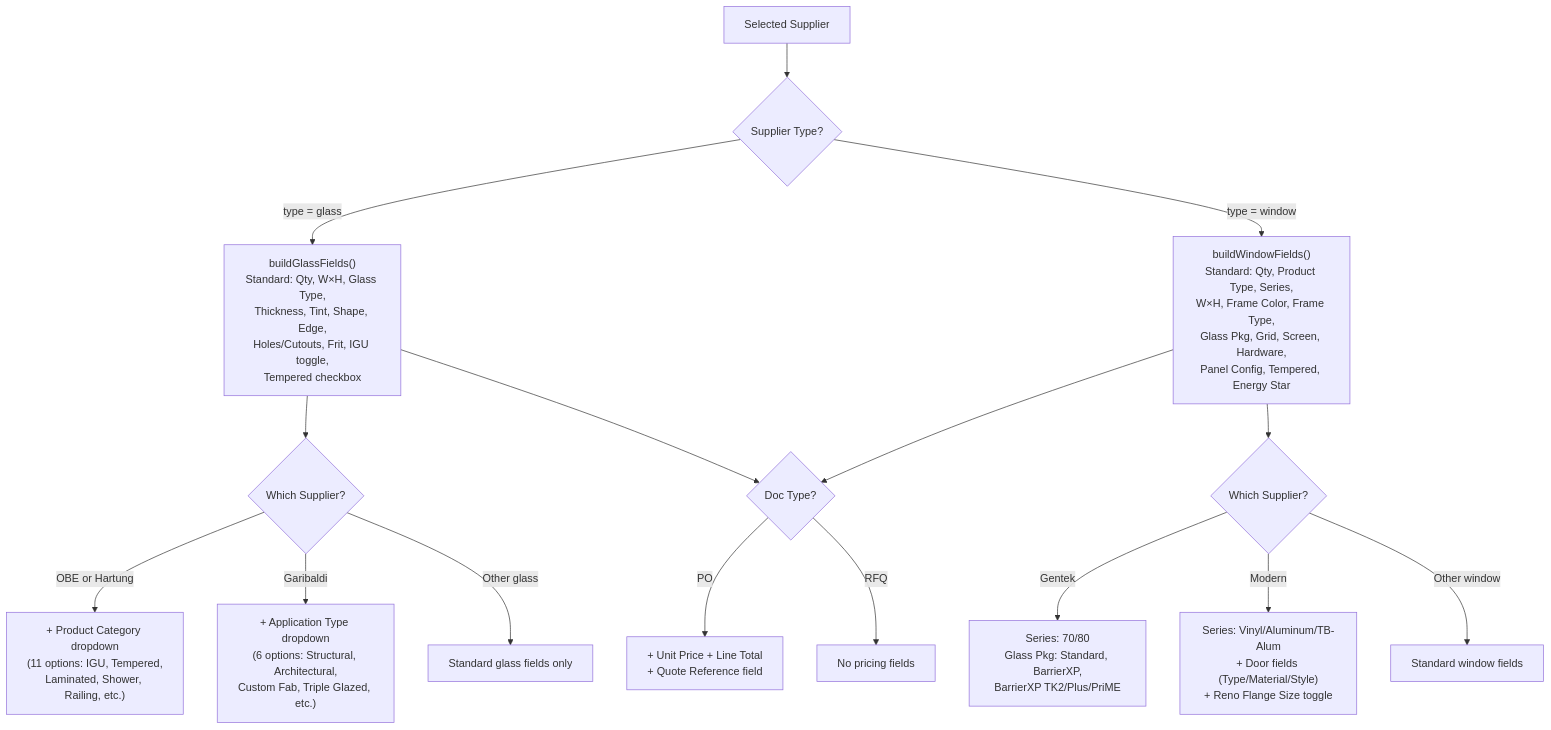
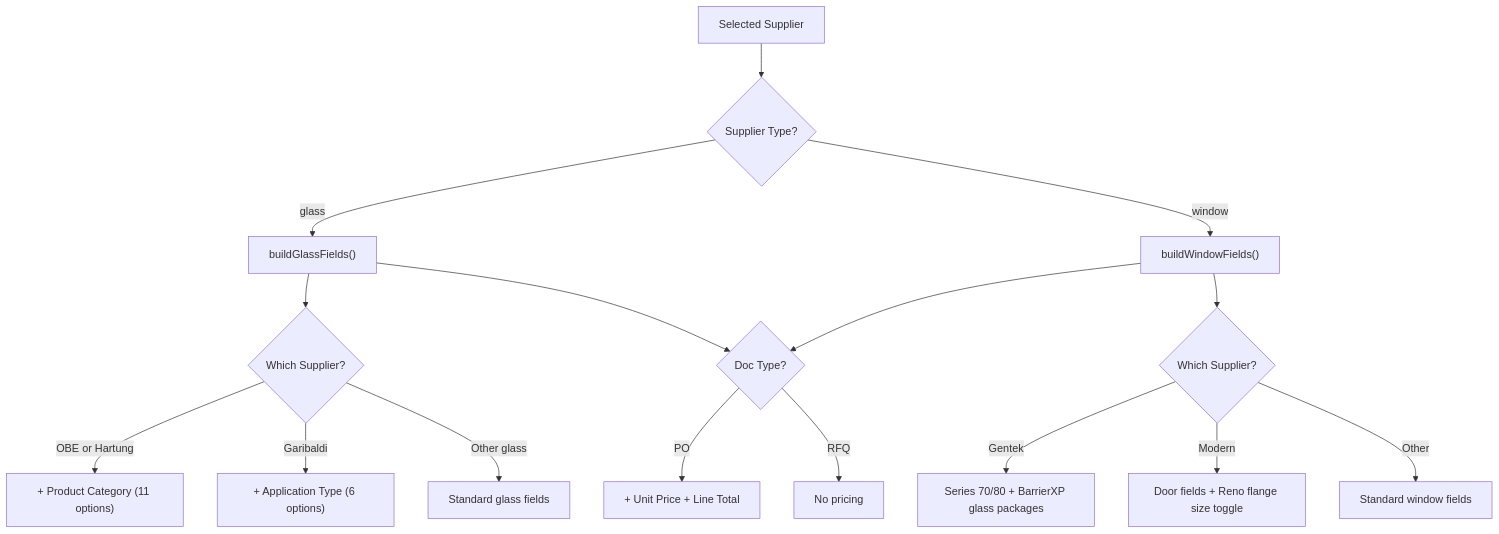
One commit to Skippy-code-604/westernwindows-ca changed the sixth of 6 diagrams in ww_portal_enterprise_docs.md. Above: the diagram before and after it, drawn with Mermaid. The commit also changed other lines of this file and 7 other files, not shown here.

````diff
--- a/ww_portal_enterprise_docs.md
+++ b/ww_portal_enterprise_docs.md
@@ -661,21 +499,20 @@
 ```mermaid
 flowchart TD
     START["Selected Supplier"] --> TYPE{Supplier Type?}
-
-    TYPE -->|type = glass| GLASS["buildGlassFields()<br>Standard: Qty, W×H, Glass Type,<br>Thickness, Tint, Shape, Edge,<br>Holes/Cutouts, Frit, IGU toggle,<br>Tempered checkbox"]
-    TYPE -->|type = window| WINDOW["buildWindowFields()<br>Standard: Qty, Product Type, Series,<br>W×H, Frame Color, Frame Type,<br>Glass Pkg, Grid, Screen, Hardware,<br>Panel Config, Tempered, Energy Star"]
+    TYPE -->|glass| GLASS["buildGlassFields()"]
+    TYPE -->|window| WINDOW["buildWindowFields()"]
 
     GLASS --> G_CHECK{Which Supplier?}
-    G_CHECK -->|"OBE or Hartung"| G_CAT["+ Product Category dropdown<br>(11 options: IGU, Tempered,<br>Laminated, Shower, Railing, etc.)"]
-    G_CHECK -->|"Garibaldi"| G_APP["+ Application Type dropdown<br>(6 options: Structural, Architectural,<br>Custom Fab, Triple Glazed, etc.)"]
-    G_CHECK -->|"Other glass"| G_STD["Standard glass fields only"]
+    G_CHECK -->|"OBE or Hartung"| G_CAT["+ Product Category (11 options)"]
+    G_CHECK -->|"Garibaldi"| G_APP["+ Application Type (6 options)"]
+    G_CHECK -->|"Other glass"| G_STD["Standard glass fields"]
 
     WINDOW --> W_CHECK{Which Supplier?}
-    W_CHECK -->|"Gentek"| W_GEN["Series: 70/80<br>Glass Pkg: Standard, BarrierXP,<br>BarrierXP TK2/Plus/PriME"]
-    W_CHECK -->|"Modern"| W_MOD["Series: Vinyl/Aluminum/TB-Alum<br>+ Door fields (Type/Material/Style)<br>+ Reno Flange Size toggle"]
-    W_CHECK -->|"Other window"| W_STD["Standard window fields"]
+    W_CHECK -->|"Gentek"| W_GEN["Series 70/80 + BarrierXP glass packages"]
+    W_CHECK -->|"Modern"| W_MOD["Door fields + Reno flange size toggle"]
+    W_CHECK -->|"Other"| W_STD["Standard window fields"]
 
-    GLASS & WINDOW --> PO_CHECK{Doc Type?}
-    PO_CHECK -->|"PO"| PRICE["+ Unit Price + Line Total<br>+ Quote Reference field"]
-    PO_CHECK -->|"RFQ"| NO_PRICE["No pricing fields"]
+    GLASS & WINDOW --> PO{Doc Type?}
+    PO -->|PO| PRICE["+ Unit Price + Line Total"]
+    PO -->|RFQ| NO_PRICE["No pricing"]
 ```
````
